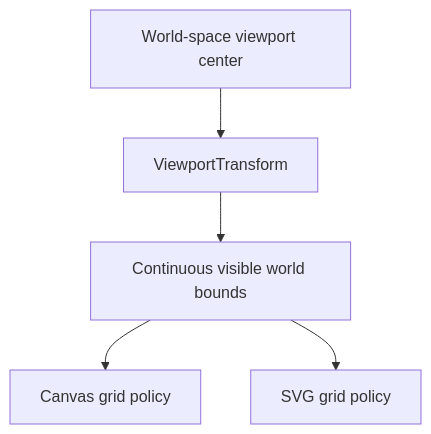
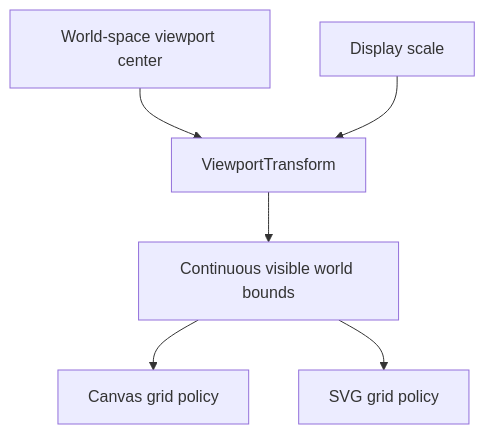
Before and after one commit to fa-ribeiro/vLab2D: the first of 3 diagrams in docs/project/status.md, drawn with Mermaid. The commit also changed other lines of this file and 11 other files, not shown here.

````diff
--- a/docs/project/status.md
+++ b/docs/project/status.md
@@ -70,13 +74,15 @@
 ```mermaid
 flowchart TD
     CENTER["World-space viewport center"]
+    SCALE["Display scale"]
     TRANSFORM["ViewportTransform"]
     BOUNDS["Continuous visible world bounds"]
     CANVAS["Canvas grid policy"]
     SVG["SVG grid policy"]
 
     CENTER --> TRANSFORM
+    SCALE --> TRANSFORM
     TRANSFORM --> BOUNDS
     BOUNDS --> CANVAS
     BOUNDS --> SVG
 ```
````
